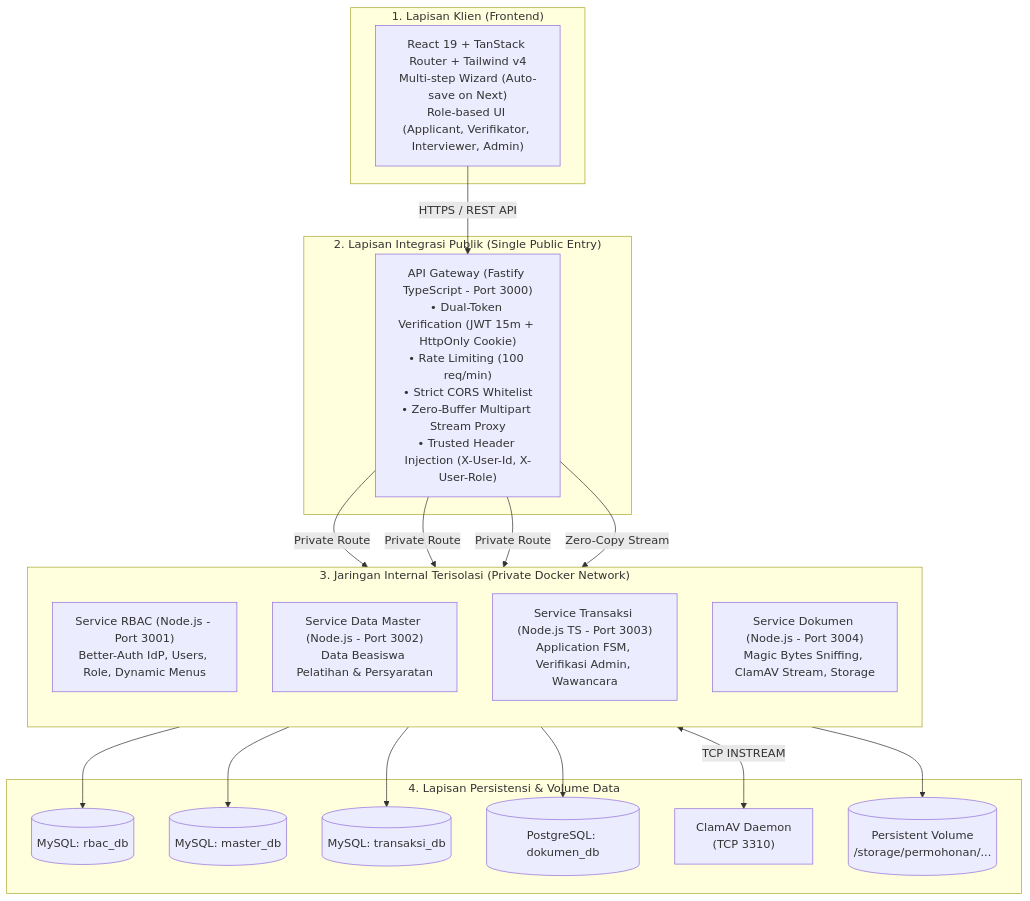
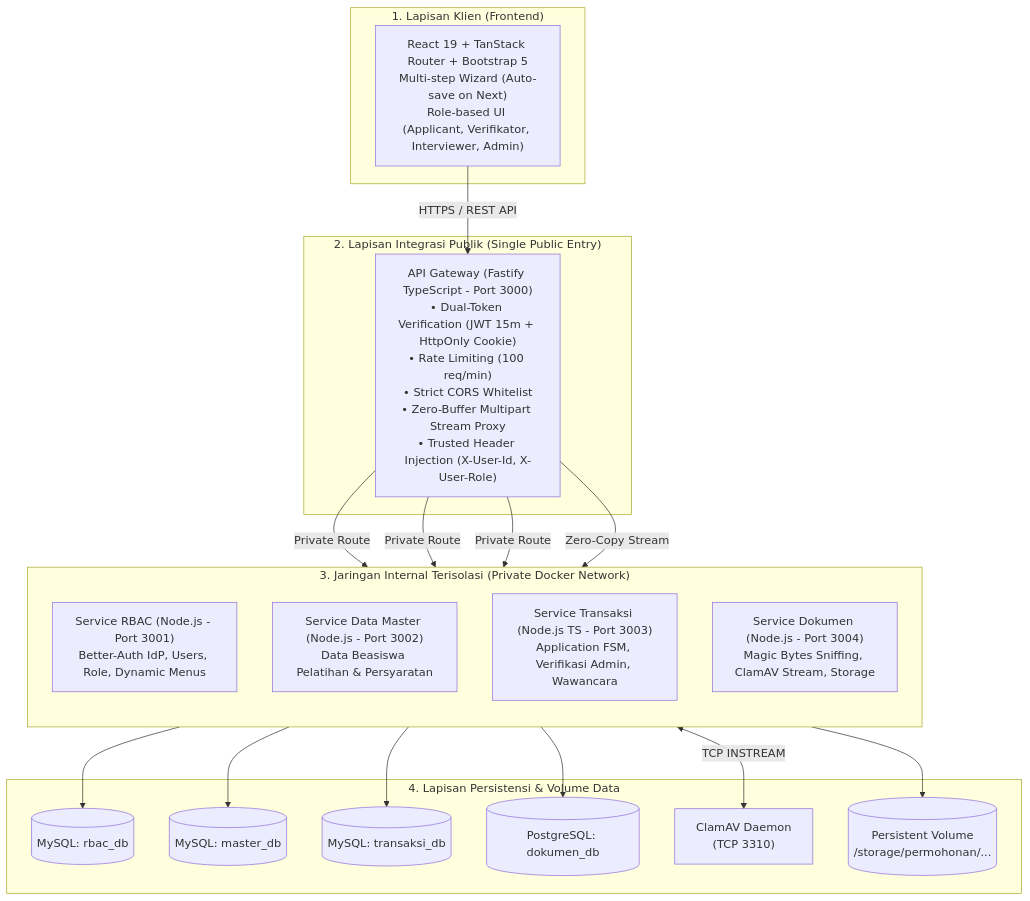
One commit to puruhitaaa/beasiswaapp changed the diagram in docs/keputusan-arsitektur-dan-rekomendasi-teknis.md. Above: the diagram before and after it, drawn with Mermaid. The commit also changed other lines of this file and 18 other files, not shown here.

Commit message:
refactor: migrate from Tailwind CSS to Bootstrap 5

````diff
--- a/docs/keputusan-arsitektur-dan-rekomendasi-teknis.md
+++ b/docs/keputusan-arsitektur-dan-rekomendasi-teknis.md
@@ -20,40 +20,40 @@
 ```mermaid
 flowchart TD
     subgraph ClientZone["1. Lapisan Klien (Frontend)"]
-        WEB["React 19 + TanStack Router + Tailwind v4\nMulti-step Wizard (Auto-save on Next)\nRole-based UI (Applicant, Verifikator, Interviewer, Admin)"]
+        WEB["React 19 + TanStack Router + Bootstrap 5\nMulti-step Wizard (Auto-save on Next)\nRole-based UI (Applicant, Verifikator, Interviewer, Admin)"]
     end
 
     subgraph EdgeZone["2. Lapisan Integrasi Publik (Single Public Entry)"]
         GW["API Gateway (Fastify TypeScript - Port 3000)\n• Dual-Token Verification (JWT 15m + HttpOnly Cookie)\n• Rate Limiting (100 req/min)\n• Strict CORS Whitelist\n• Zero-Buffer Multipart Stream Proxy\n• Trusted Header Injection (X-User-Id, X-User-Role)"]
     end
 
     subgraph PrivateSubnet["3. Jaringan Internal Terisolasi (Private Docker Network)"]
         direction TB
         SRV_RBAC["Service RBAC (Node.js - Port 3001)\nBetter-Auth IdP, Users, Role, Dynamic Menus"]
         SRV_MASTER["Service Data Master (Node.js - Port 3002)\nData Beasiswa Pelatihan & Persyaratan"]
         SRV_TRX["Service Transaksi (Node.js TS - Port 3003)\nApplication FSM, Verifikasi Admin, Wawancara"]
         SRV_DOC["Service Dokumen (Node.js - Port 3004)\nMagic Bytes Sniffing, ClamAV Stream, Storage"]
     end
 
     subgraph StorageZone["4. Lapisan Persistensi & Volume Data"]
         DB_RBAC[("MySQL: rbac_db")]
         DB_MASTER[("MySQL: master_db")]
         DB_TRX[("MySQL: transaksi_db")]
         DB_DOC[("PostgreSQL: dokumen_db")]
         CLAMAV["ClamAV Daemon\n(TCP 3310)"]
         VOL_STORAGE[("Persistent Volume\n/storage/permohonan/...")]
     end
 
     WEB -->|HTTPS / REST API| GW
     GW -->|Private Route| SRV_RBAC
     GW -->|Private Route| SRV_MASTER
     GW -->|Private Route| SRV_TRX
     GW -->|Zero-Copy Stream| SRV_DOC
 
     SRV_RBAC --> DB_RBAC
     SRV_MASTER --> DB_MASTER
     SRV_TRX --> DB_TRX
     SRV_DOC --> DB_DOC
     SRV_DOC <-->|TCP INSTREAM| CLAMAV
     SRV_DOC --> VOL_STORAGE
 ```
````
